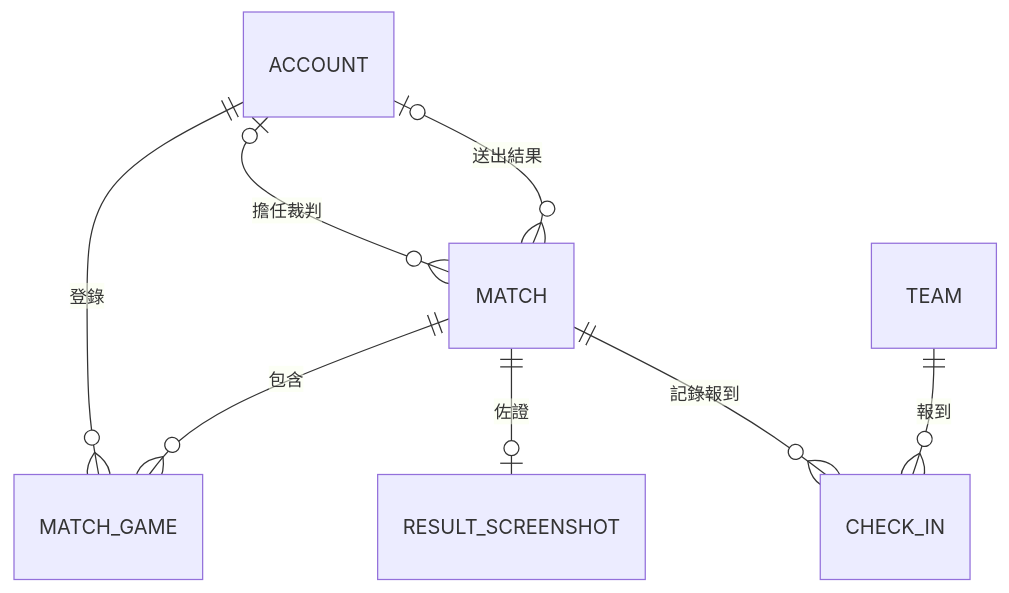
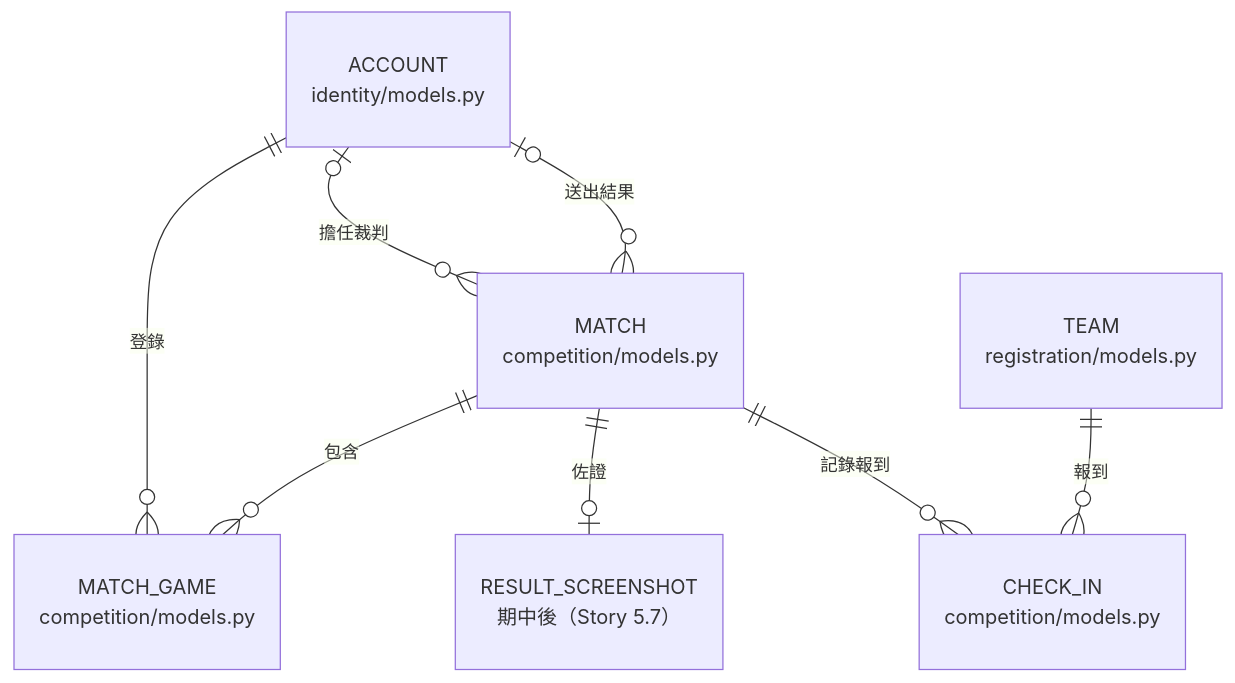
The ninth of 19 diagrams in docs/midterm/B-軟體需求分析文件.md (Team14good/esport-platform), drawn with Mermaid before and after one commit. The commit also changed other lines of this file and 27 other files, not shown here.

First line of the commit message:
docs: B、C、D 其餘的圖全部對照程式標註 (#92)

````diff
--- a/docs/midterm/B-軟體需求分析文件.md
+++ b/docs/midterm/B-軟體需求分析文件.md
@@ -767,10 +788,16 @@
 ```mermaid
 erDiagram
+  ACCOUNT["ACCOUNT<br/>identity/models.py"]
+  MATCH["MATCH<br/>competition/models.py"]
+  MATCH_GAME["MATCH_GAME<br/>competition/models.py"]
+  RESULT_SCREENSHOT["RESULT_SCREENSHOT<br/>期中後（Story 5.7）"]
+  CHECK_IN["CHECK_IN<br/>competition/models.py"]
+  TEAM["TEAM<br/>registration/models.py"]
   ACCOUNT |o--o{ MATCH : "擔任裁判"
   ACCOUNT |o--o{ MATCH : "送出結果"
   ACCOUNT ||--o{ MATCH_GAME : "登錄"
   MATCH ||--o{ MATCH_GAME : "包含"
   MATCH ||--o| RESULT_SCREENSHOT : "佐證"
   MATCH ||--o{ CHECK_IN : "記錄報到"
   TEAM ||--o{ CHECK_IN : "報到"
 ```
````
